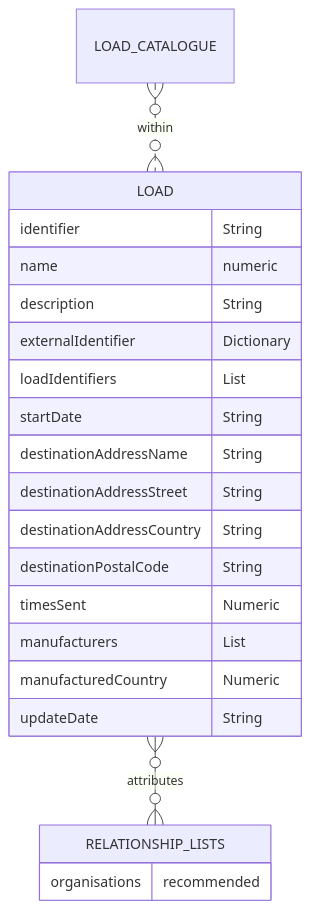
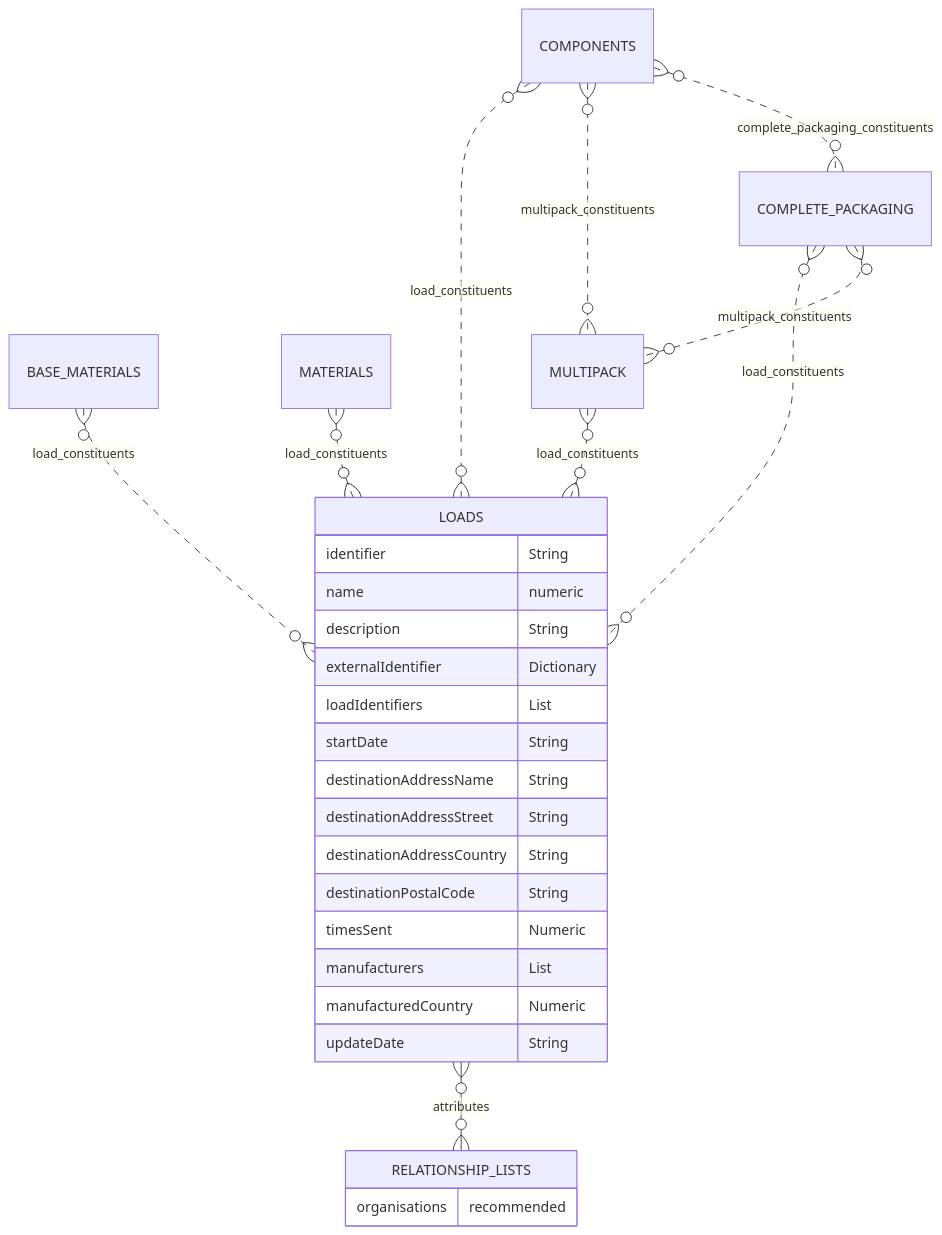
One commit to OpenDataManchester/Open3P changed the diagram in docs/3_Data_Specification/3_7_Load.md. Above: the diagram before and after it, drawn with Mermaid. The commit also changed other lines of this file, not shown here.

Commit message:
Update Loads with constituents joins

````diff
--- a/docs/3_Data_Specification/3_7_Load.md
+++ b/docs/3_Data_Specification/3_7_Load.md
@@ -31,24 +33,31 @@
 ``` mermaid
 erDiagram
-LOAD_CATALOGUE }o..o{ LOAD : within
-  LOAD {
+BASE_MATERIALS }o..o{ LOADS : load_constituents
+MATERIALS }o..o{ LOADS : load_constituents
+COMPLETE_PACKAGING }o..o{ LOADS : load_constituents
+COMPONENTS }o..o{ LOADS : load_constituents
+MULTIPACK }o..o{ LOADS : load_constituents
+COMPONENTS }o..o{ MULTIPACK : multipack_constituents
+COMPLETE_PACKAGING }o..o{ MULTIPACK : multipack_constituents
+COMPONENTS }o..o{ COMPLETE_PACKAGING : complete_packaging_constituents
+  LOADS {
     identifier String
     name numeric
     description String
     externalIdentifier Dictionary
     loadIdentifiers List
     startDate String
     destinationAddressName String
     destinationAddressStreet String
     destinationAddressCountry String
     destinationPostalCode String
     timesSent Numeric
     manufacturers List
     manufacturedCountry Numeric
     updateDate String
   }
-  LOAD }o--o{ RELATIONSHIP_LISTS : attributes
+  LOADS }o--o{ RELATIONSHIP_LISTS : attributes
   RELATIONSHIP_LISTS {
       organisations recommended
     }
 ```
````
